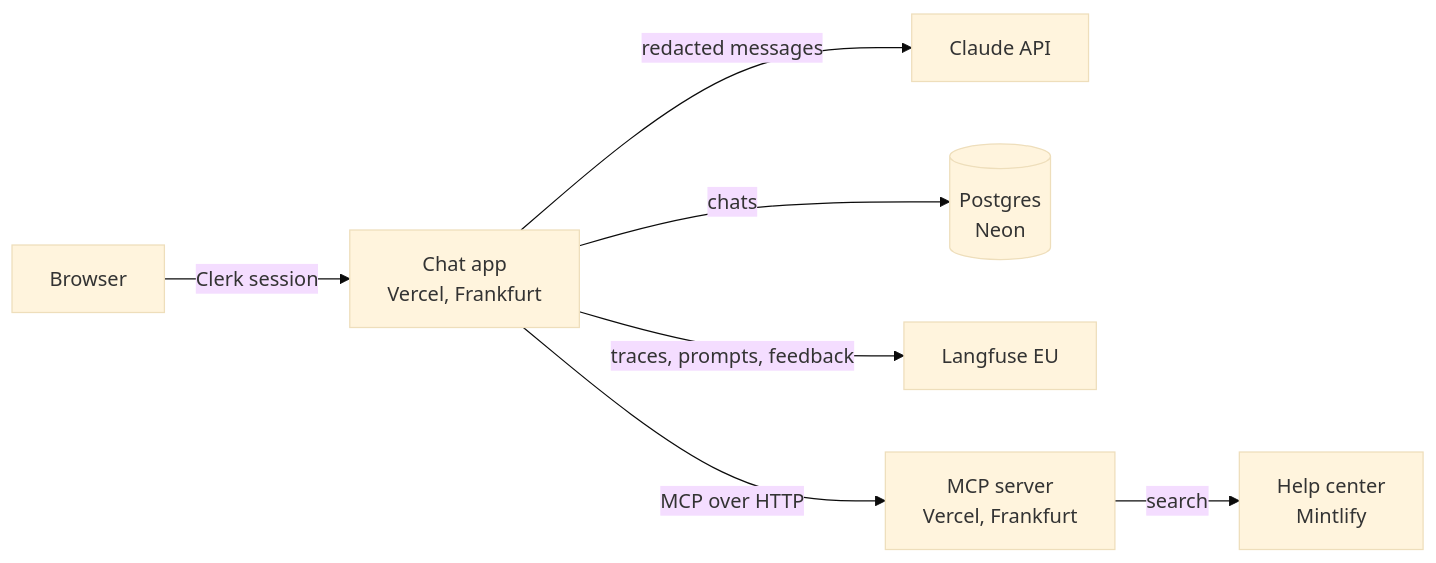
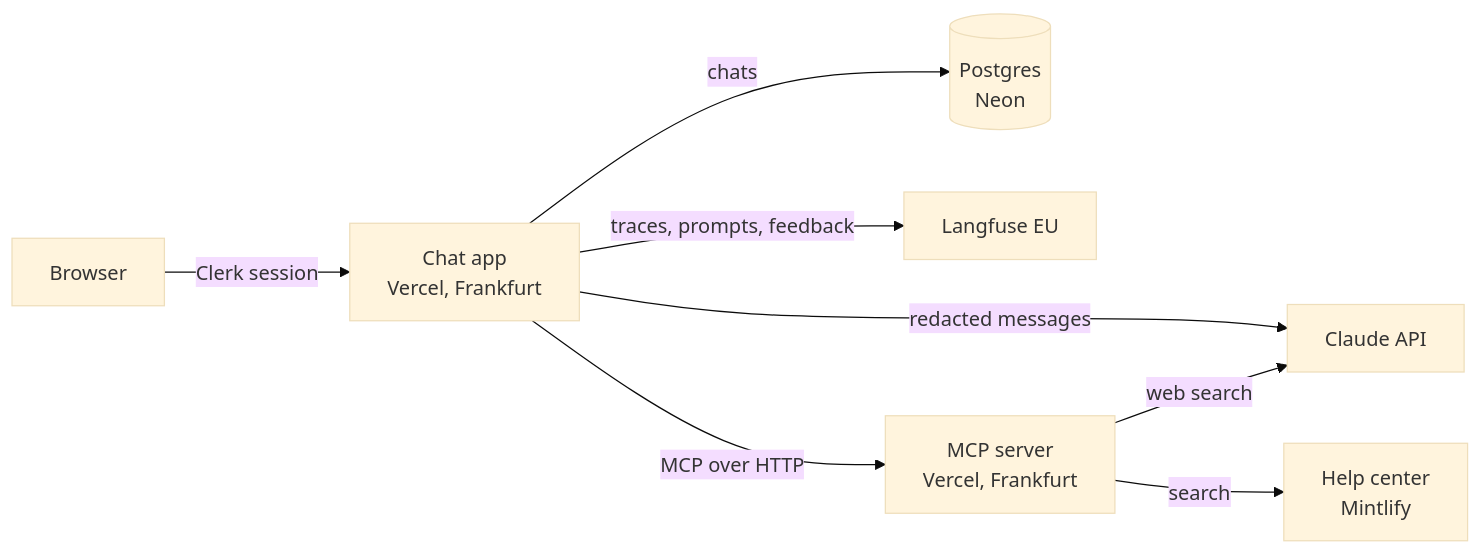
The diagram in apps/docs/architecture.mdx (kq59kskbcg-dev/proxi), drawn with Mermaid (base theme) before and after one commit. The commit also changed other lines of this file and 14 other files, not shown here.

First line of the commit message:
Add web search as an MCP tool, and redact every tool input

````diff
--- a/apps/docs/architecture.mdx
+++ b/apps/docs/architecture.mdx
@@ -8,9 +8,10 @@
 ```mermaid
 flowchart LR
   U[Browser] -->|Clerk session| W[Chat app<br/>Vercel, Frankfurt]
   W -->|redacted messages| A[Claude API]
   W -->|chats| N[(Postgres<br/>Neon)]
   W -->|traces, prompts, feedback| L[Langfuse EU]
   W -->|MCP over HTTP| M[MCP server<br/>Vercel, Frankfurt]
+  M -->|web search| A
   M -->|search| D[Help center<br/>Mintlify]
 ```
````
